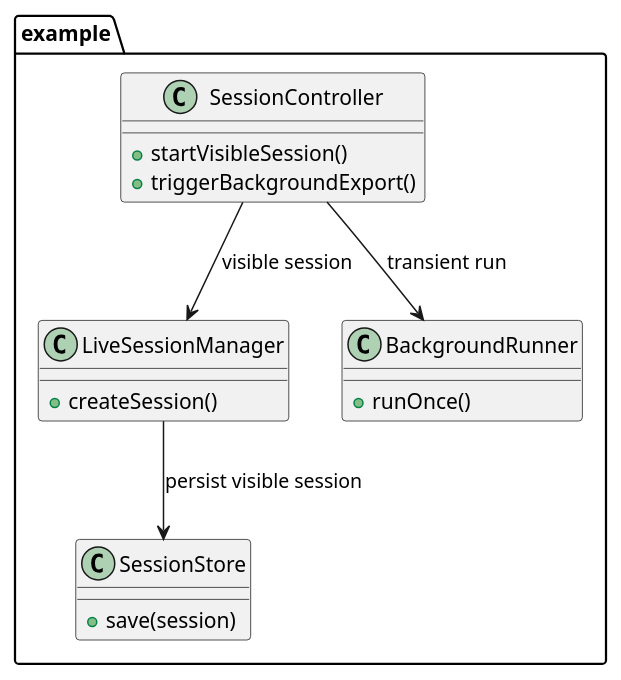
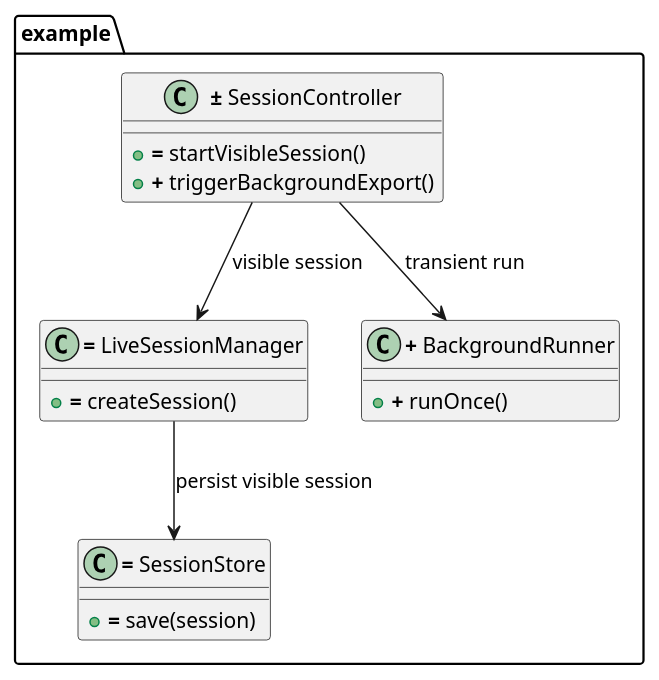
Before and after one commit to dpolivaev/spec-loop: the second of 4 diagrams in skills/spec-loop-prepare-execution-approval/examples/example-task-session-state-boundary.md, drawn with PlantUML. The commit also changed other lines of this file and 9 other files, not shown here.

Commit message:
Show planned changes in task tests and class diagrams

````diff
--- a/skills/spec-loop-prepare-execution-approval/examples/example-task-session-state-boundary.md
+++ b/skills/spec-loop-prepare-execution-approval/examples/example-task-session-state-boundary.md
@@ -45,25 +55,25 @@
   ```plantuml
   @startuml
   set separator none
 
   package "example" {
-    class SessionController {
-      + startVisibleSession()
-      + triggerBackgroundExport()
+    class "<plain>**±**</plain> SessionController" as SessionController {
+      + <plain>**=**</plain> startVisibleSession()
+      + <plain>**+**</plain> triggerBackgroundExport()
     }
-    class LiveSessionManager {
-      + createSession()
+    class "<plain>**=**</plain> LiveSessionManager" as LiveSessionManager {
+      + <plain>**=**</plain> createSession()
     }
-    class BackgroundRunner {
-      + runOnce()
+    class "<plain>**+**</plain> BackgroundRunner" as BackgroundRunner {
+      + <plain>**+**</plain> runOnce()
     }
-    class SessionStore {
-      + save(session)
+    class "<plain>**=**</plain> SessionStore" as SessionStore {
+      + <plain>**=**</plain> save(session)
     }
   }
 
   SessionController --> LiveSessionManager : visible session
   SessionController --> BackgroundRunner : transient run
   LiveSessionManager --> SessionStore : persist visible session
   @enduml
   ```
````
